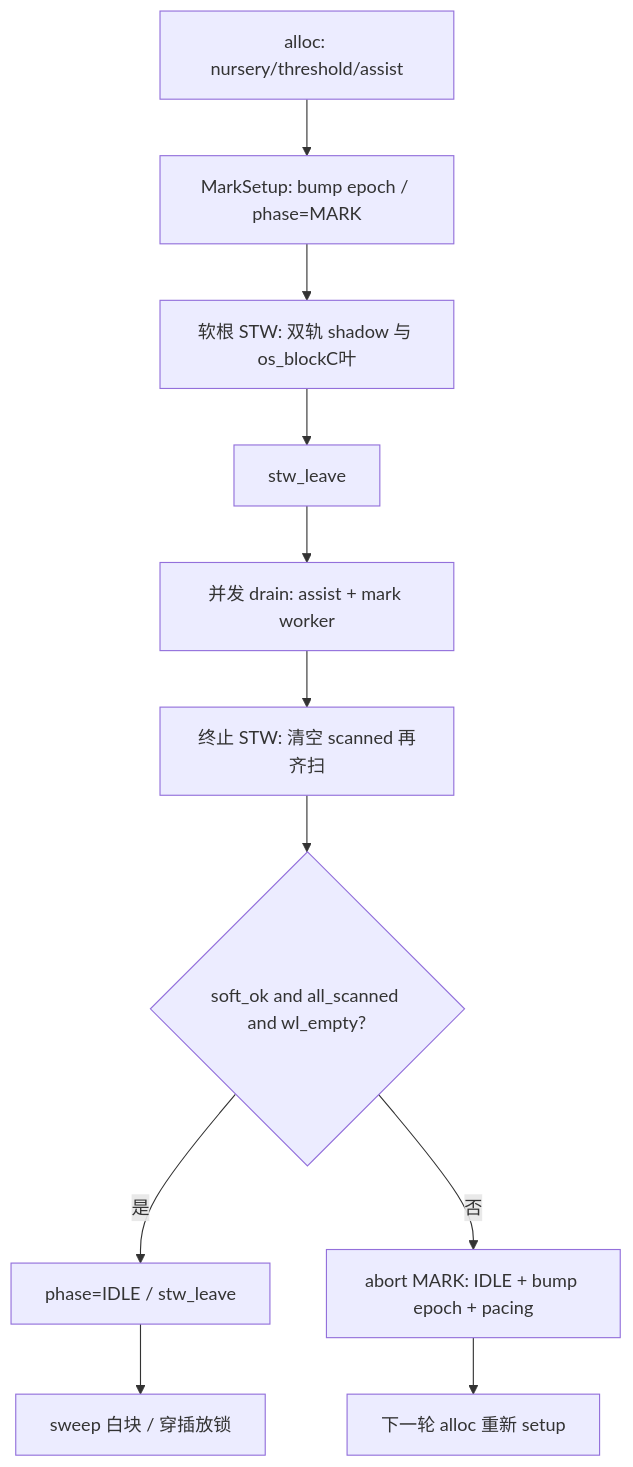
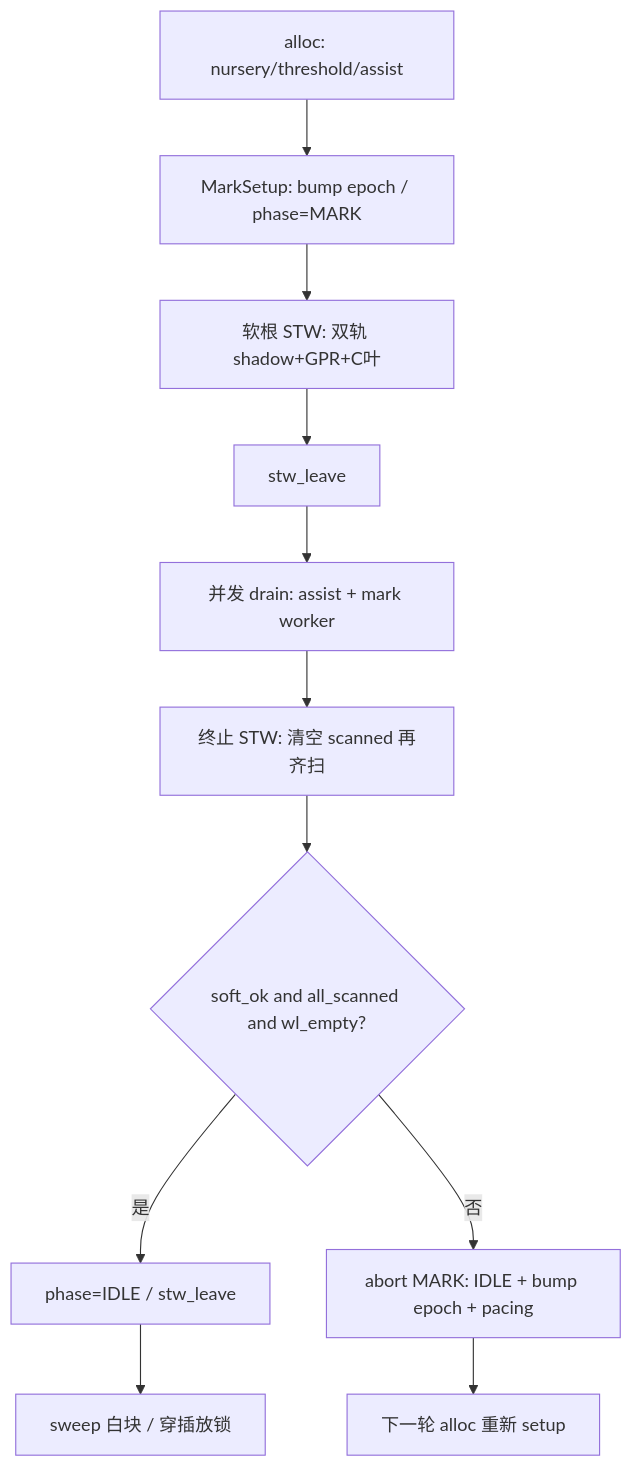
The diagram in docs/IR与GC契约.md (forget-the-bright/HaoLang), drawn with Mermaid before and after one commit. The commit also changed other lines of this file and 100 other files, not shown here.

````diff
--- a/docs/IR与GC契约.md
+++ b/docs/IR与GC契约.md
@@ -44,13 +44,13 @@
 ```mermaid
 flowchart TD
   trigger[alloc: nursery/threshold/assist] --> setup[MarkSetup: bump epoch / phase=MARK]
-  setup --> softRoot[软根 STW: 双轨 shadow 与 os_blockC叶]
+  setup --> softRoot[软根 STW: 双轨 shadow+GPR+C叶]
   softRoot --> leave1[stw_leave]
   leave1 --> drain[并发 drain: assist + mark worker]
   drain --> term[终止 STW: 清空 scanned 再齐扫]
   term --> ok{soft_ok and all_scanned and wl_empty?}
   ok -->|是| idle[phase=IDLE / stw_leave]
   idle --> sweep[sweep 白块 / 穿插放锁]
   ok -->|否| abort[abort MARK: IDLE + bump epoch + pacing]
   abort --> next[下一轮 alloc 重新 setup]
 ```
````
